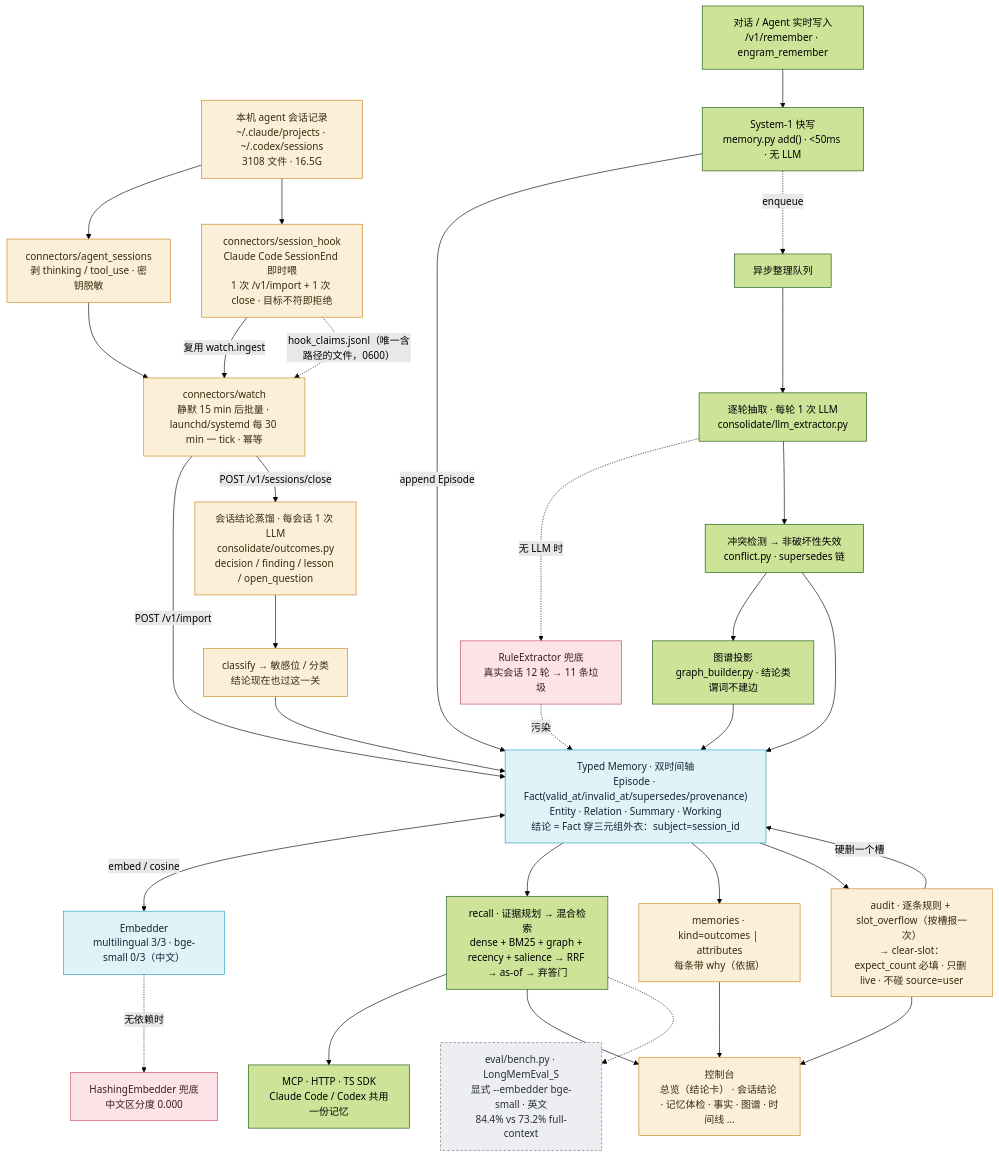
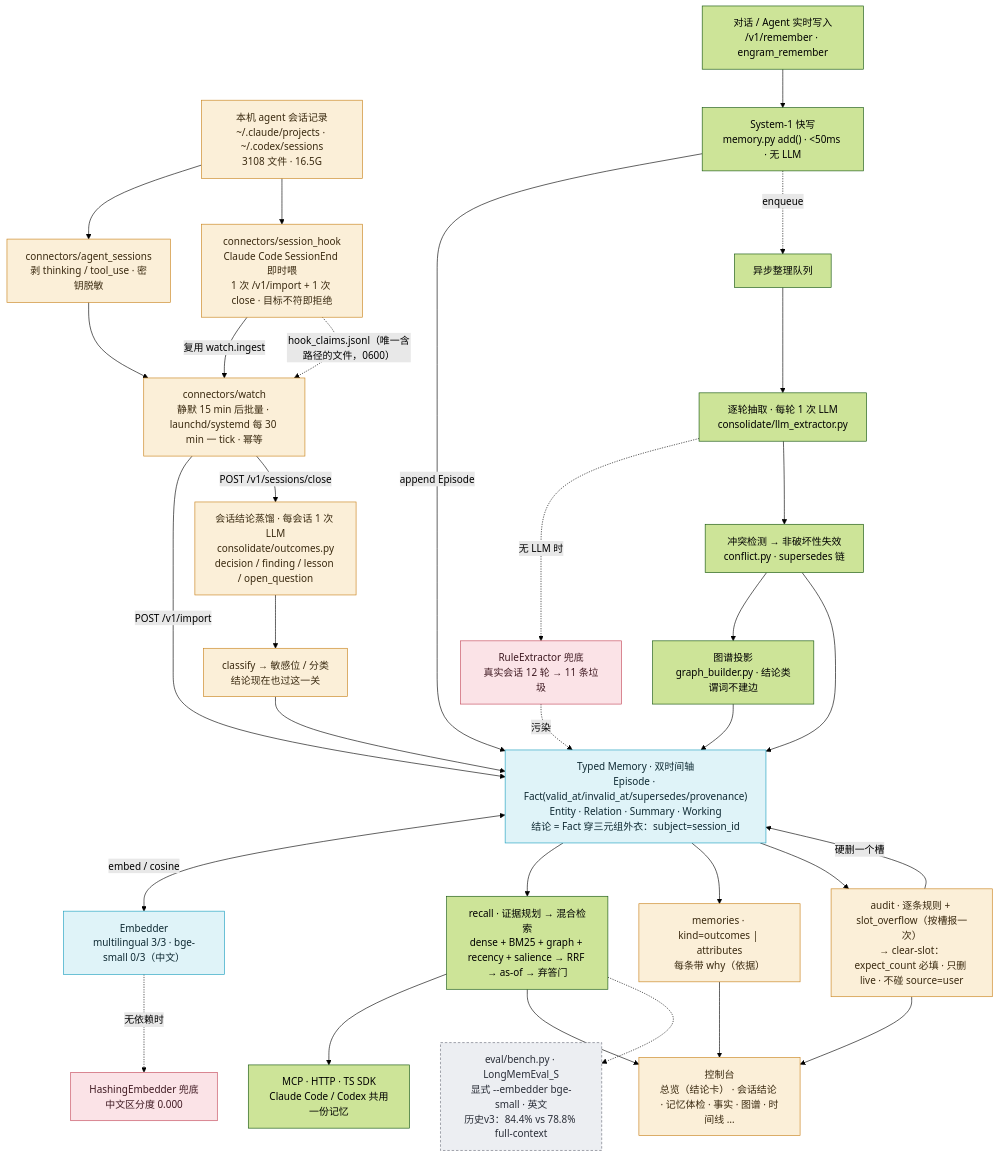
One commit to ly-wang19/engram changed the diagram in docs/architecture-optimization-map.zh-CN.md. Above: the diagram before and after it, drawn with Mermaid (forest theme). The commit also changed other lines of this file and 153 other files, not shown here.

````diff
--- a/docs/architecture-optimization-map.zh-CN.md
+++ b/docs/architecture-optimization-map.zh-CN.md
@@ -36,72 +67,72 @@
 ```mermaid
 flowchart TD
   SRC_A["对话 / Agent 实时写入<br/>/v1/remember · engram_remember"]
   SRC_B["本机 agent 会话记录<br/>~/.claude/projects · ~/.codex/sessions<br/>3108 文件 · 16.5G"]
 
   S1["System-1 快写<br/>memory.py add() · <50ms · 无 LLM"]
   Q["异步整理队列"]
   EXT["逐轮抽取 · 每轮 1 次 LLM<br/>consolidate/llm_extractor.py"]
   RULE["RuleExtractor 兜底<br/>真实会话 12 轮 → 11 条垃圾"]
 
   PARSE["connectors/agent_sessions<br/>剥 thinking / tool_use · 密钥脱敏"]
   WATCH["connectors/watch<br/>静默 15 min 后批量 · launchd/systemd 每 30 min 一 tick · 幂等"]
   HOOK["connectors/session_hook<br/>Claude Code SessionEnd 即时喂<br/>1 次 /v1/import + 1 次 close · 目标不符即拒绝"]
   OUT["会话结论蒸馏 · 每会话 1 次 LLM<br/>consolidate/outcomes.py<br/>decision / finding / lesson / open_question"]
 
   CF["冲突检测 → 非破坏性失效<br/>conflict.py · supersedes 链"]
   GB["图谱投影<br/>graph_builder.py · 结论类谓词不建边"]
   CLS["classify → 敏感位 / 分类<br/>结论现在也过这一关"]
 
   CORE["Typed Memory · 双时间轴<br/>Episode · Fact(valid_at/invalid_at/supersedes/provenance)<br/>Entity · Relation · Summary · Working<br/>结论 = Fact 穿三元组外衣：subject=session_id"]
   EMB["Embedder<br/>multilingual 3/3 · bge-small 0/3（中文）"]
   HASH["HashingEmbedder 兜底<br/>中文区分度 0.000"]
 
   RECALL["recall · 证据规划 → 混合检索<br/>dense + BM25 + graph + recency + salience → RRF → as-of → 弃答门"]
   LIST["memories · kind=outcomes | attributes<br/>每条带 why（依据）"]
   AUDIT["audit · 逐条规则 + slot_overflow（按槽报一次）<br/>→ clear-slot：expect_count 必填 · 只删 live · 不碰 source=user"]
 
   CONSOLE["控制台<br/>总览（结论卡） · 会话结论 · 记忆体检 · 事实 · 图谱 · 时间线 …"]
   MCP["MCP · HTTP · TS SDK<br/>Claude Code / Codex 共用一份记忆"]
-  BENCH["eval/bench.py · LongMemEval_S<br/>显式 --embedder bge-small · 英文<br/>84.4% vs 73.2% full-context"]
+  BENCH["eval/bench.py · LongMemEval_S<br/>显式 --embedder bge-small · 英文<br/>历史v3：84.4% vs 78.8% full-context"]
 
   SRC_A --> S1
   S1 -->|"append Episode"| CORE
   S1 -.->|"enqueue"| Q
   Q --> EXT
   EXT -.->|"无 LLM 时"| RULE
   EXT --> CF
   RULE -.->|"污染"| CORE
 
   SRC_B --> PARSE --> WATCH
   SRC_B --> HOOK
   HOOK -->|"复用 watch.ingest"| WATCH
   HOOK -.->|"hook_claims.jsonl（唯一含路径的文件，0600）"| WATCH
   WATCH -->|"POST /v1/import"| CORE
   WATCH -->|"POST /v1/sessions/close"| OUT
   OUT --> CLS --> CORE
   CF --> GB --> CORE
   CF --> CORE
 
   CORE <-->|"embed / cosine"| EMB
   EMB -.->|"无依赖时"| HASH
 
   CORE --> RECALL
   CORE --> LIST
   CORE --> AUDIT
   AUDIT -->|"硬删一个槽"| CORE
 
   RECALL --> MCP
   RECALL --> CONSOLE
   LIST --> CONSOLE
   AUDIT --> CONSOLE
   RECALL -.-> BENCH
 
   classDef core fill:#DFF3F8,stroke:#1B9FBE,color:#0F2A33
   classDef new fill:#FBEFD8,stroke:#C9821A,color:#3A2A10
   classDef hazard fill:#FBE3E7,stroke:#C4485A,color:#3F1A22
   classDef eval fill:#ECEEF2,stroke:#6B6F7C,color:#2A2E38,stroke-dasharray:4 3
   class CORE,EMB core
   class SRC_B,PARSE,WATCH,HOOK,OUT,CLS,LIST,AUDIT,CONSOLE new
   class RULE,HASH hazard
   class BENCH eval
 ```
````
